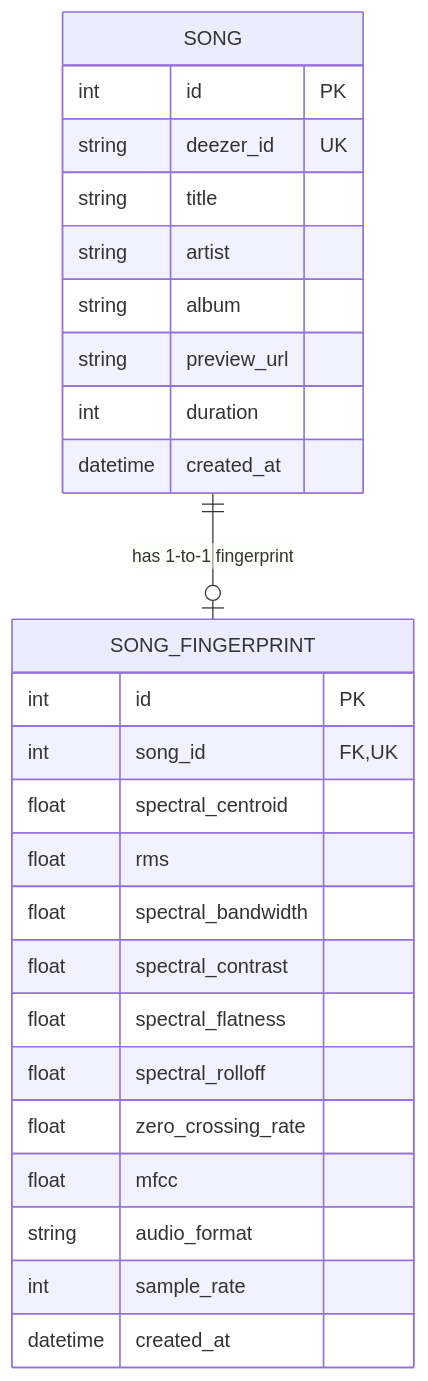
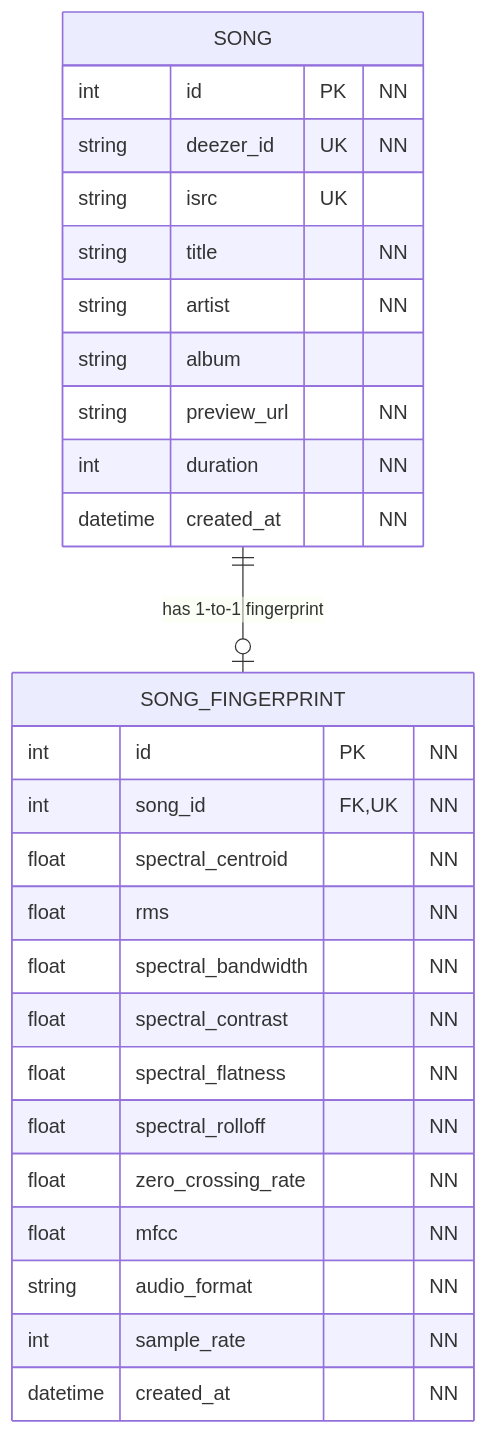
Before and after one commit to AhmedAl-Hayali/AgenticGenreGuru: the first of 2 diagrams in specs/001-song-fingerprint-engine/data-model.md, drawn with Mermaid. The commit also changed other lines of this file and 3 other files, not shown here.

````diff
--- a/specs/001-song-fingerprint-engine/data-model.md
+++ b/specs/001-song-fingerprint-engine/data-model.md
@@ -44,31 +47,32 @@
 ```mermaid
 erDiagram
     SONG ||--o| SONG_FINGERPRINT : "has 1-to-1 fingerprint"
 
     SONG {
-        int id PK
-        string deezer_id UK
-        string title
-        string artist
+        int id PK "NN"
+        string deezer_id UK "NN"
+        string isrc UK
+        string title "NN"
+        string artist "NN"
         string album
-        string preview_url
-        int duration
-        datetime created_at
+        string preview_url "NN"
+        int duration "NN"
+        datetime created_at "NN"
     }
 
     SONG_FINGERPRINT {
-        int id PK
-        int song_id FK, UK
-        float spectral_centroid
-        float rms
-        float spectral_bandwidth
-        float spectral_contrast
-        float spectral_flatness
-        float spectral_rolloff
-        float zero_crossing_rate
-        float mfcc
-        string audio_format
-        int sample_rate
-        datetime created_at
+        int id PK "NN"
+        int song_id FK, UK "NN"
+        float spectral_centroid  "NN"
+        float rms  "NN"
+        float spectral_bandwidth  "NN"
+        float spectral_contrast  "NN"
+        float spectral_flatness  "NN"
+        float spectral_rolloff  "NN"
+        float zero_crossing_rate  "NN"
+        float mfcc  "NN"
+        string audio_format  "NN"
+        int sample_rate  "NN"
+        datetime created_at  "NN"
     }
 ```
````
